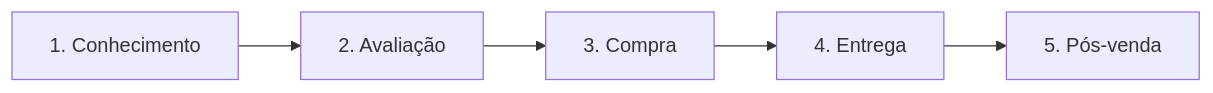
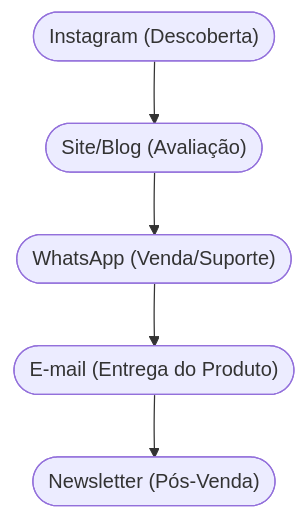
Before and after one commit to ricardotecpro/adm_gestao_dmn: the diagram in docs/slides/src/slide-10.md, drawn with Mermaid. The commit also changed other lines of this file and 171 other files, not shown here.

````diff
--- a/docs/slides/src/slide-10.md
+++ b/docs/slides/src/slide-10.md
@@ -15,7 +63,7 @@
 ```mermaid
-graph LR
-    A["1. Conhecimento"] --> B["2. Avaliação"]
-    B --> C["3. Compra"]
-    C --> D["4. Entrega"]
-    D --> E["5. Pós-venda"]
+graph TD
+    A(["Instagram (Descoberta)"]) --> B(["Site/Blog (Avaliação)"])
+    B --> C(["WhatsApp (Venda/Suporte)"])
+    C --> D(["E-mail (Entrega do Produto)"])
+    D --> E(["Newsletter (Pós-Venda)"])
 ```
````
